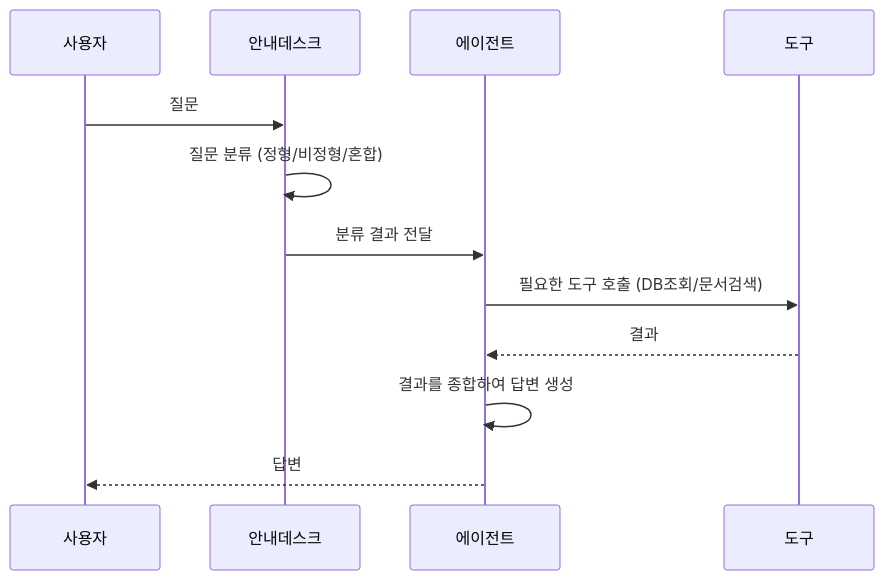
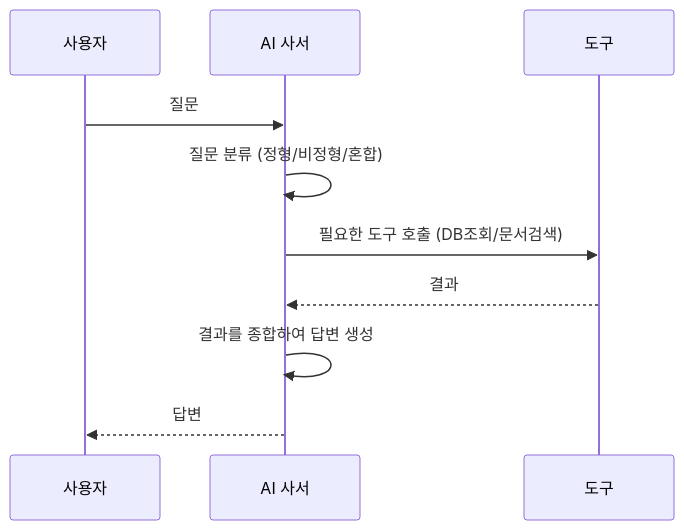
One commit to edu-openskill/lecture-book-workflow changed the first of 4 diagrams in projects/사내AI비서_v2/chapters/06-연차도-규정도-한번에.md. Above: the diagram before and after it, drawn with Mermaid. The commit also changed other lines of this file, not shown here.

First line of the commit message:
feat: CH06 비유 전환 — 안내데스크 → AI 사서

````diff
--- a/projects/사내AI비서_v2/chapters/06-연차도-규정도-한번에.md
+++ b/projects/사내AI비서_v2/chapters/06-연차도-규정도-한번에.md
@@ -370,10 +364,9 @@
 ```mermaid
 sequenceDiagram
-    사용자->>안내데스크: 질문
-    안내데스크->>안내데스크: 질문 분류 (정형/비정형/혼합)
-    안내데스크->>에이전트: 분류 결과 전달
-    에이전트->>도구: 필요한 도구 호출 (DB조회/문서검색)
-    도구-->>에이전트: 결과
-    에이전트->>에이전트: 결과를 종합하여 답변 생성
-    에이전트-->>사용자: 답변
+    사용자->>AI 사서: 질문
+    AI 사서->>AI 사서: 질문 분류 (정형/비정형/혼합)
+    AI 사서->>도구: 필요한 도구 호출 (DB조회/문서검색)
+    도구-->>AI 사서: 결과
+    AI 사서->>AI 사서: 결과를 종합하여 답변 생성
+    AI 사서-->>사용자: 답변
 ```
````
